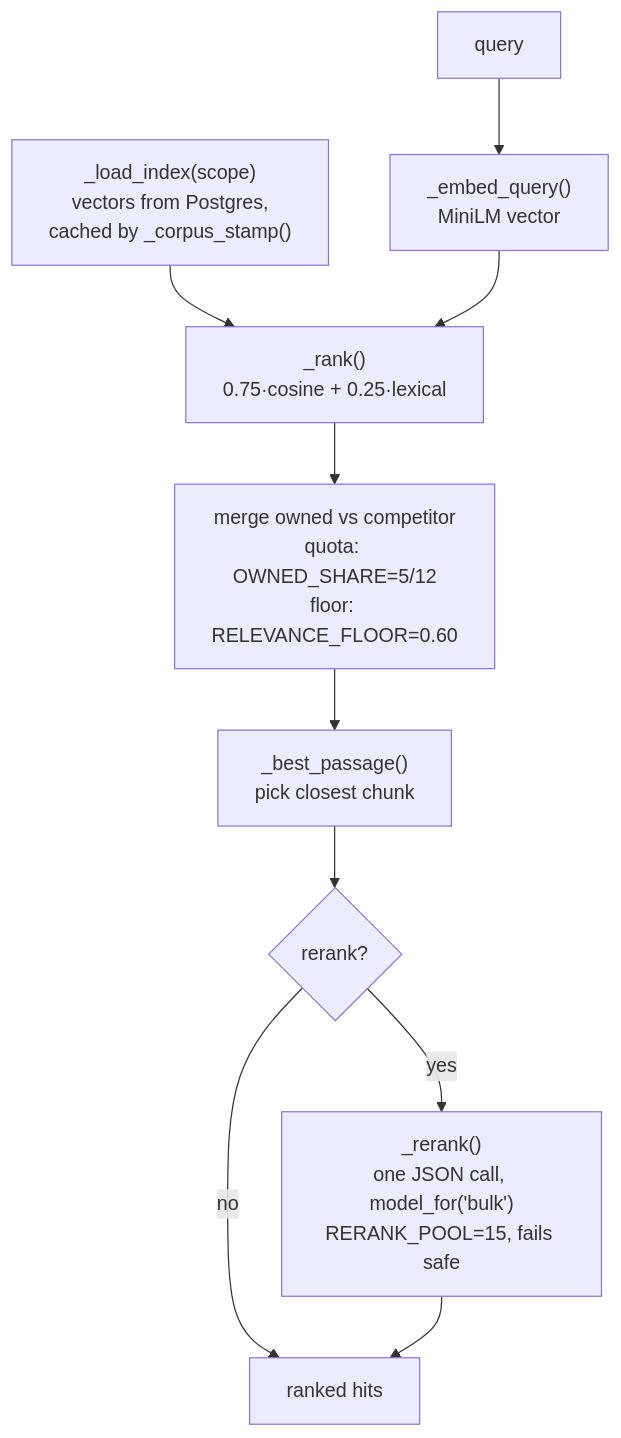
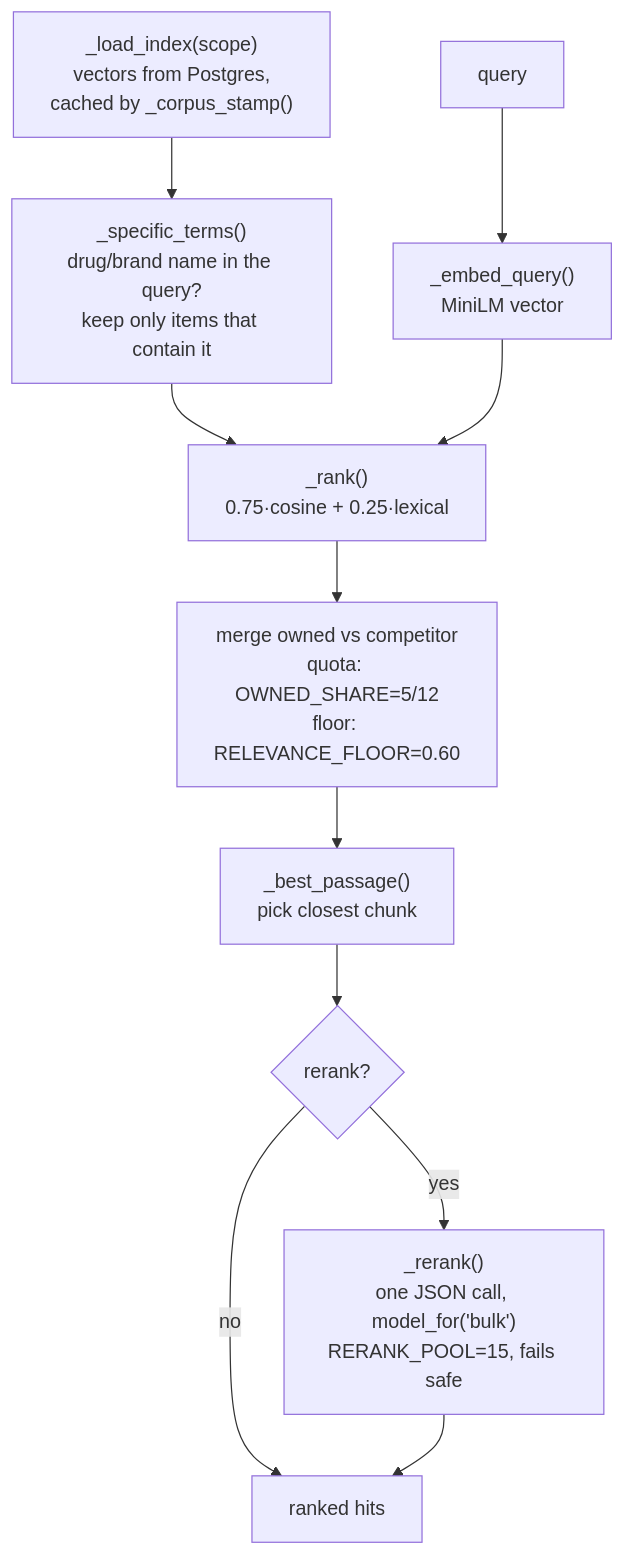
One commit to Giuseppescaffid1/medycabrain changed the diagram in documentation/low-level/03-llm-and-embeddings.md. Above: the diagram before and after it, drawn with Mermaid. The commit also changed other lines of this file and 4 other files, not shown here.

````diff
--- a/documentation/low-level/03-llm-and-embeddings.md
+++ b/documentation/low-level/03-llm-and-embeddings.md
@@ -181,12 +181,14 @@
 ```mermaid
 flowchart TD
     Q["query"] --> E["_embed_query()<br/>MiniLM vector"]
-    IDX["_load_index(scope)<br/>vectors from Postgres,<br/>cached by _corpus_stamp()"] --> R
+    IDX["_load_index(scope)<br/>vectors from Postgres,<br/>cached by _corpus_stamp()"]
+    IDX --> G["_specific_terms()<br/>drug/brand name in the query?<br/>keep only items that contain it"]
+    G --> R
     E --> R["_rank()<br/>0.75·cosine + 0.25·lexical"]
     R --> M["merge owned vs competitor<br/>quota: OWNED_SHARE=5/12<br/>floor: RELEVANCE_FLOOR=0.60"]
     M --> P["_best_passage()<br/>pick closest chunk"]
     P --> RR{"rerank?"}
     RR -->|yes| LLM["_rerank()<br/>one JSON call, model_for('bulk')<br/>RERANK_POOL=15, fails safe"]
     RR -->|no| OUT
     LLM --> OUT["ranked hits"]
 ```
````
